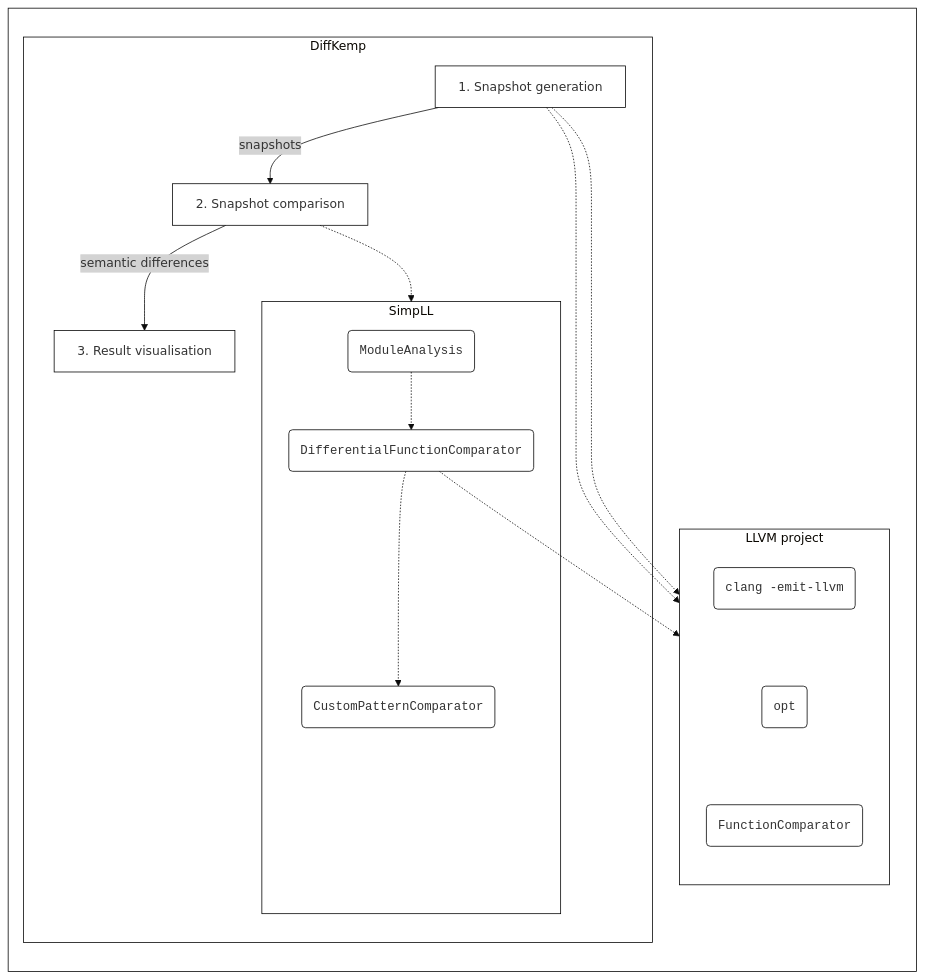
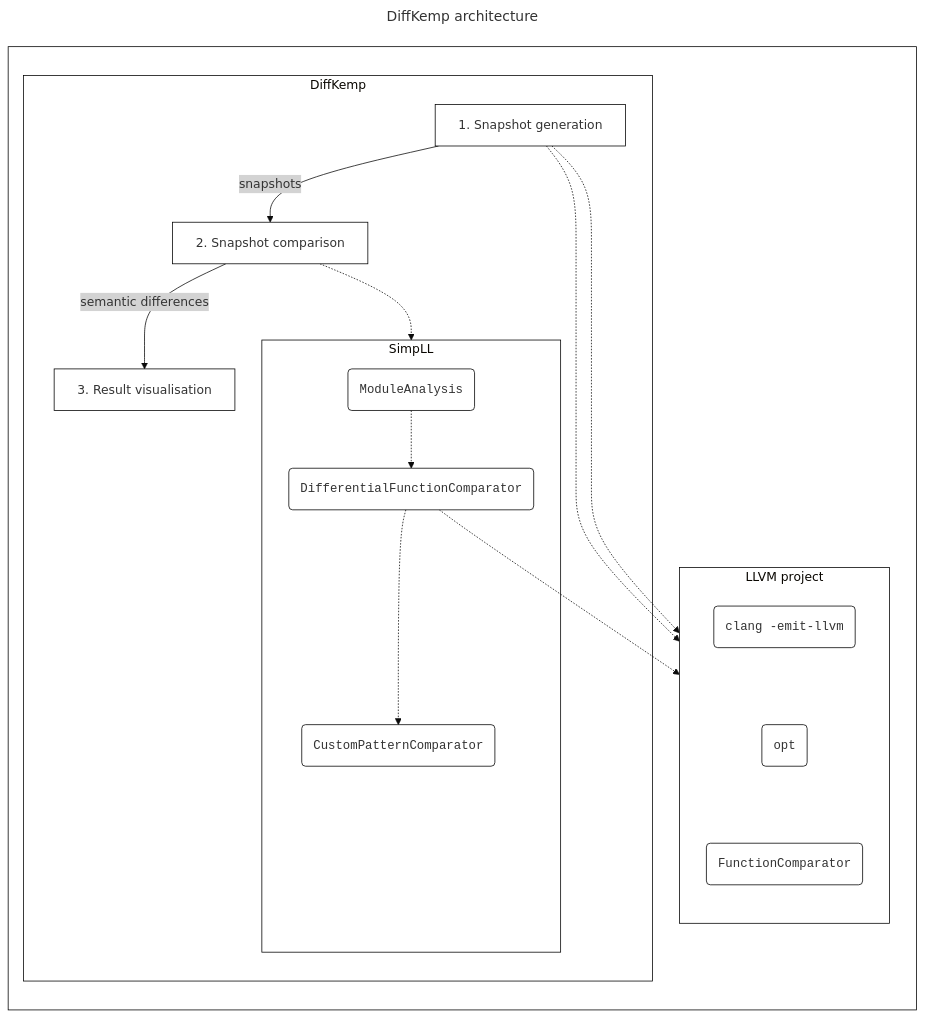
Before and after one commit to PLukas2018/diffkemp: the first of 2 diagrams in docs/architecture.md, drawn with Mermaid. The commit also changed other lines of this file, not shown here.

Commit message:
wip Add class diagram for snap build

````diff
--- a/docs/architecture.md
+++ b/docs/architecture.md
@@ -3,43 +3,44 @@
 ```mermaid
 ---
 # This code renders an image, which does not show on the GitHub app, use a browser
 # to see the image.
+title: DiffKemp architecture
 config:
   theme: base
   themeVariables:
     nodeBorder: black
     mainBkg: white
     clusterBkg: white
     clusterBorder: black
     edgeLabelBackground: lightgrey
 ---
 flowchart LR
 subgraph G[" "]
   subgraph dk["DiffKemp"]
     sg -- "snapshots" --> sc -- "semantic differences" --> rv
     sg["1. Snapshot generation"]
     sc["2. Snapshot comparison"]
     rv["3. Result visualisation"]
     subgraph simpll["SimpLL"]
       ma("ModuleAnalysis")
       dfc("DifferentialFunctionComparator")
       cc("CustomPatternComparator")
       ma -.-> dfc -.-> cc
     end
   end
   subgraph llvm["LLVM project"]
     direction TB
     clang("clang -emit-llvm")
     opt("opt")
     fc("FunctionComparator")
     clang ~~~ opt ~~~ fc
   end
   sg -.-> clang
   sc -.-> simpll
   sg -.-> opt
   dfc -.-> fc
 end
 %% style
 classDef mono font-family:monospace
 class ma,dfc,fc,cc,clang,opt mono
 ```
````
